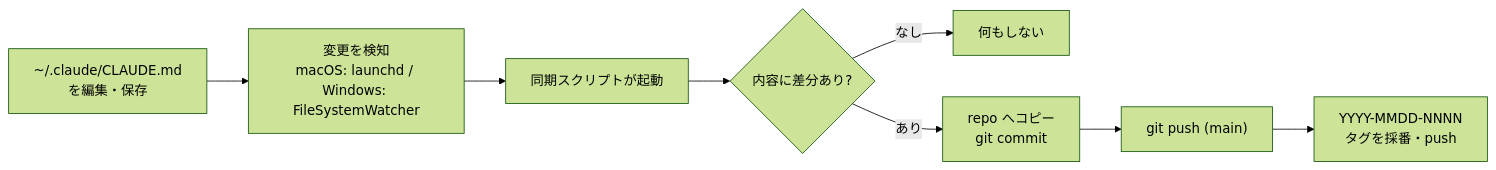
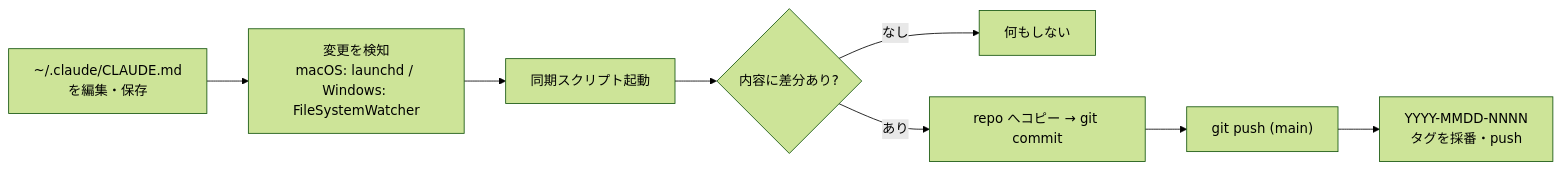
The first of 2 diagrams in README.md (4ltena/my-claude-md), drawn with Mermaid (forest theme) before and after one commit. The commit also changed other lines of this file and 1 other file, not shown here.

````diff
--- a/README.md
+++ b/README.md
@@ -14,10 +20,10 @@
 ```mermaid
 flowchart LR
     A["~/.claude/CLAUDE.md<br/>を編集・保存"] --> B["変更を検知<br/>macOS: launchd / Windows: FileSystemWatcher"]
-    B --> C["同期スクリプトが起動"]
+    B --> C["同期スクリプト起動"]
     C --> D{"内容に差分あり?"}
     D -- なし --> E["何もしない"]
-    D -- あり --> F["repo へコピー<br/>git commit"]
+    D -- あり --> F["repo へコピー → git commit"]
     F --> G["git push (main)"]
     G --> H["YYYY-MMDD-NNNN<br/>タグを採番・push"]
 ```
````
